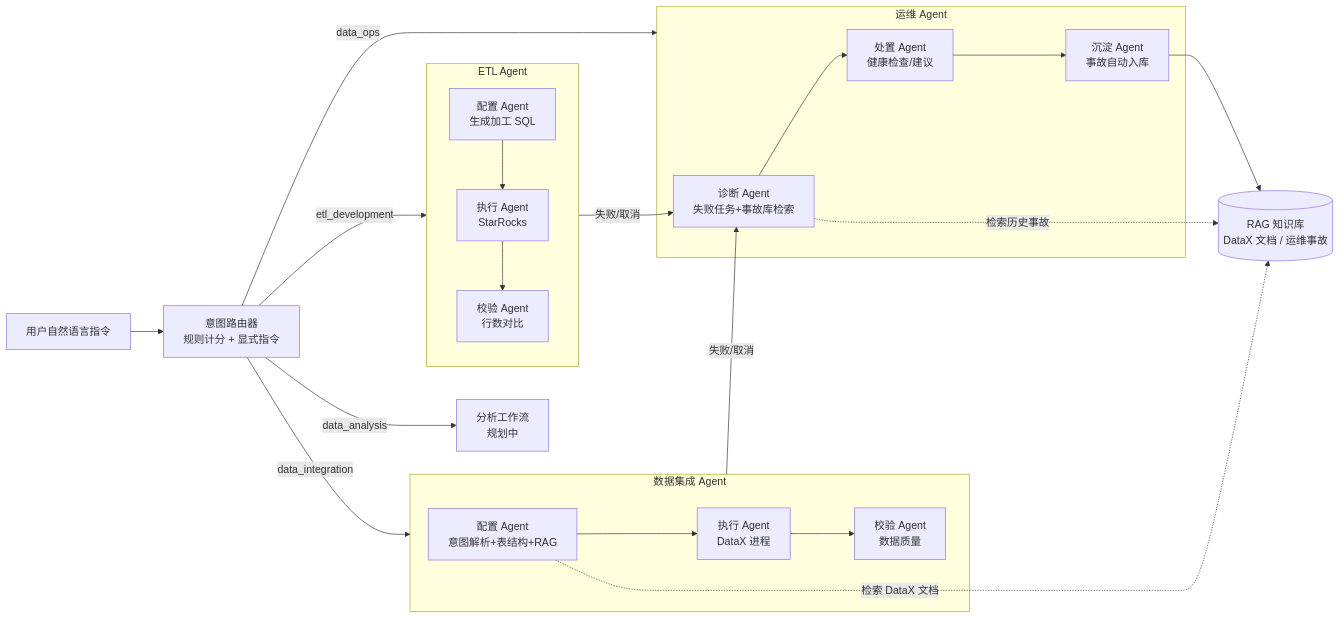
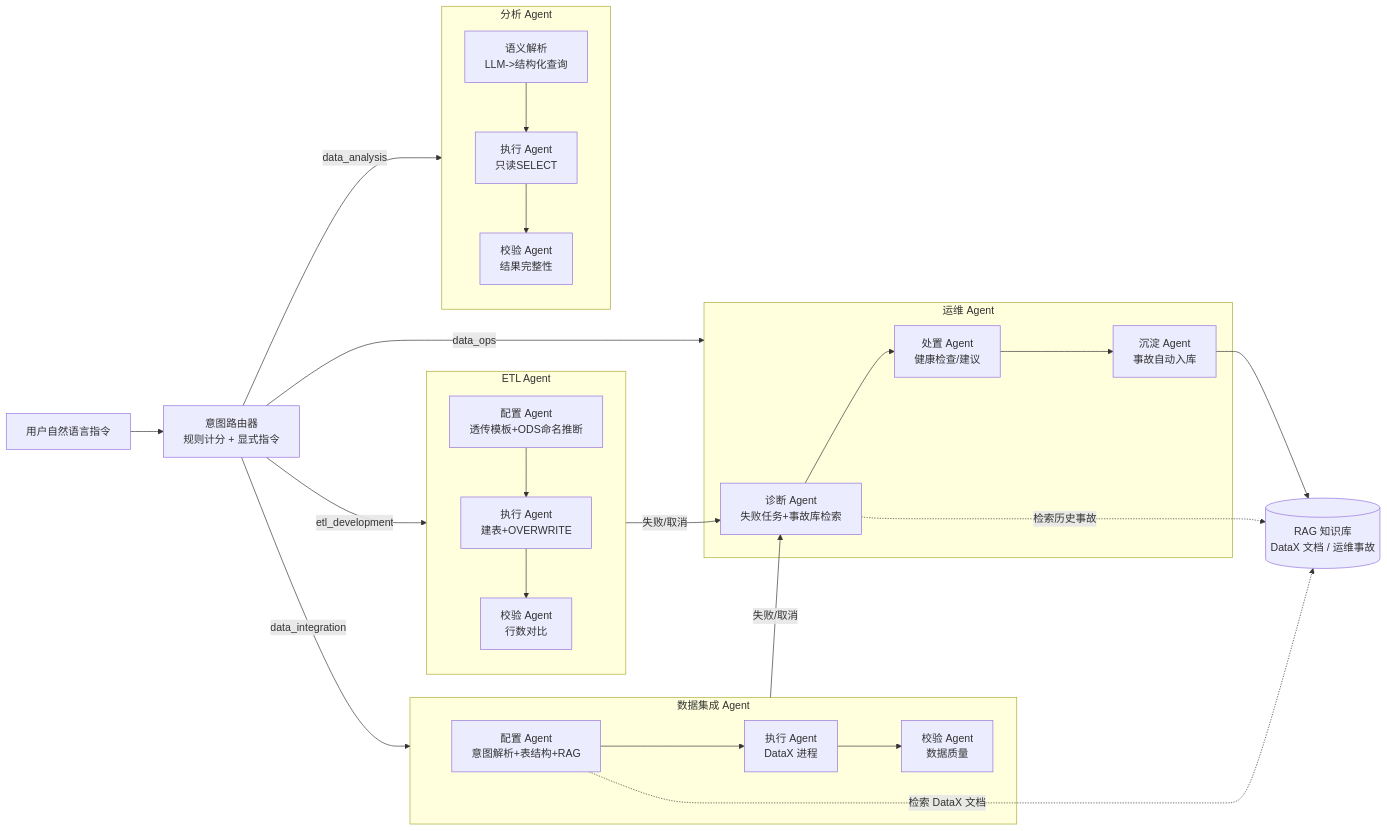
One commit to nuyoah666/dataagent changed the diagram in README.md. Above: the diagram before and after it, drawn with Mermaid. The commit also changed other lines of this file and 5 other files, not shown here.

````diff
--- a/README.md
+++ b/README.md
@@ -21,29 +27,34 @@
 ```mermaid
 flowchart LR
     U[用户自然语言指令] --> R[意图路由器<br/>规则计分 + 显式指令]
     R -->|data_integration| I[集成工作流]
     R -->|etl_development| E[ETL 工作流]
     R -->|data_ops| O[运维工作流]
-    R -->|data_analysis| A[分析工作流<br/>规划中]
+    R -->|data_analysis| A[分析工作流<br/>语义层+只读查询]
 
     subgraph I[数据集成 Agent]
         C1[配置 Agent<br/>意图解析+表结构+RAG] --> X1[执行 Agent<br/>DataX 进程]
         X1 --> V1[校验 Agent<br/>数据质量]
     end
 
     subgraph E[ETL Agent]
-        C2[配置 Agent<br/>生成加工 SQL] --> X2[执行 Agent<br/>StarRocks]
+        C2[配置 Agent<br/>透传模板+ODS命名推断] --> X2[执行 Agent<br/>建表+OVERWRITE]
         X2 --> V2[校验 Agent<br/>行数对比]
+    end
+
+    subgraph A[分析 Agent]
+        C3[语义解析<br/>LLM->结构化查询] --> X3[执行 Agent<br/>只读SELECT]
+        X3 --> V3[校验 Agent<br/>结果完整性]
     end
 
     subgraph O[运维 Agent]
         D[诊断 Agent<br/>失败任务+事故库检索] --> M[处置 Agent<br/>健康检查/建议]
         M --> P[沉淀 Agent<br/>事故自动入库]
     end
 
     I -->|失败/取消| D
     E -->|失败/取消| D
     P --> KB[(RAG 知识库<br/>DataX 文档 / 运维事故)]
     D -.检索历史事故.-> KB
     C1 -.检索 DataX 文档.-> KB
 ```
````
